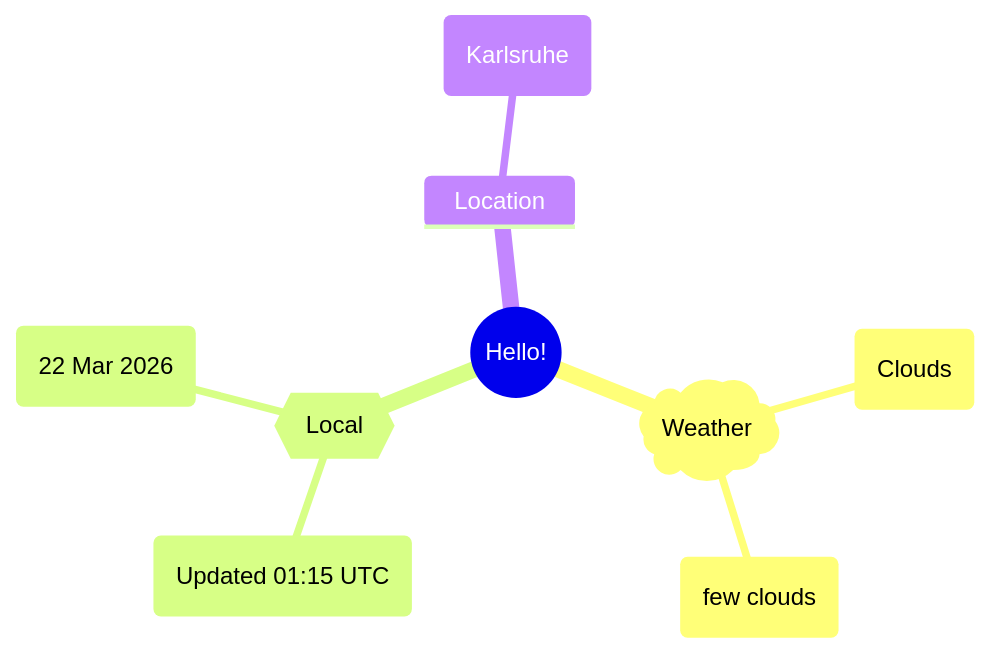
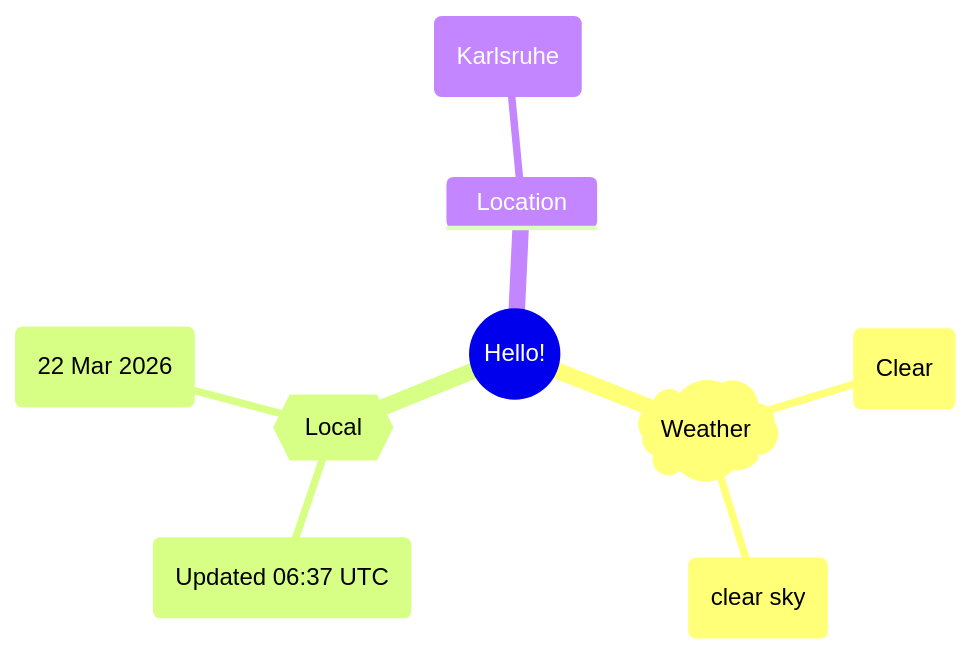
The first of 2 diagrams in README.md (Xosrov/Xosrov), drawn with Mermaid before and after one commit.

Commit message:
[bot] updated images

````diff
--- a/README.md
+++ b/README.md
@@ -3,12 +3,12 @@
 ```mermaid
 mindmap
   root((Hello!))
     )Weather(
-        (Clouds)
-        (few clouds)
+        (Clear)
+        (clear sky)
     {{Local}}
-        (Updated 01:15 UTC)
+        (Updated 06:37 UTC)
         (22 Mar 2026)
     Location
         (Karlsruhe)
 ```
````
